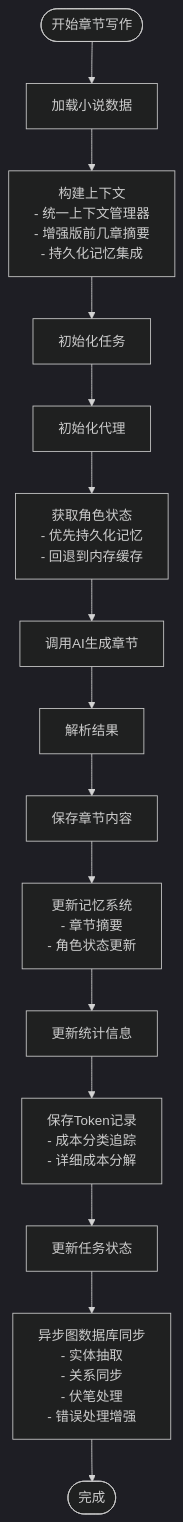
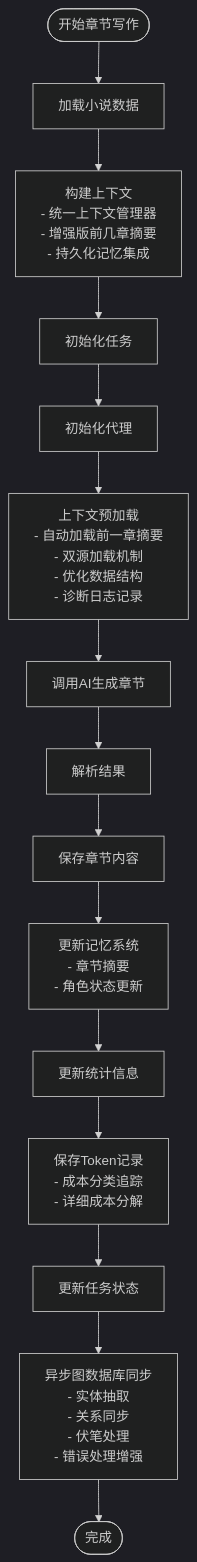
One commit to xfbyxq/ai-novel-system changed diagram 11 of 27 in .qoder/repowiki/zh/content/Generation Service.md. Above: the diagram before and after it, drawn with Mermaid (dark theme). The commit also changed other lines of this file and 3 other files, not shown here.

````diff
--- a/.qoder/repowiki/zh/content/Generation Service.md
+++ b/.qoder/repowiki/zh/content/Generation Service.md
@@ -496,17 +682,17 @@
 ```mermaid
 flowchart TD
 Start([开始章节写作]) --> LoadData["加载小说数据"]
 LoadData --> BuildContext["构建上下文<br/>- 统一上下文管理器<br/>- 增强版前几章摘要<br/>- 持久化记忆集成"]
 BuildContext --> InitTask["初始化任务"]
 InitTask --> InitAgent["初始化代理"]
-InitAgent --> GetStates["获取角色状态<br/>- 优先持久化记忆<br/>- 回退到内存缓存"]
-GetStates --> CallLLM["调用AI生成章节"]
+InitAgent --> PreloadContext["上下文预加载<br/>- 自动加载前一章摘要<br/>- 双源加载机制<br/>- 优化数据结构<br/>- 诊断日志记录"]
+PreloadContext --> CallLLM["调用AI生成章节"]
 CallLLM --> ParseResult["解析结果"]
 ParseResult --> SaveChapter["保存章节内容"]
 SaveChapter --> UpdateMemory["更新记忆系统<br/>- 章节摘要<br/>- 角色状态更新"]
 UpdateMemory --> UpdateStats["更新统计信息"]
 UpdateStats --> SaveTokens["保存Token记录<br/>- 成本分类追踪<br/>- 详细成本分解"]
 SaveTokens --> UpdateTask["更新任务状态"]
 UpdateTask --> GraphSync["异步图数据库同步<br/>- 实体抽取<br/>- 关系同步<br/>- 伏笔处理<br/>- 错误处理增强"]
 GraphSync --> End([完成])
 ```
````
